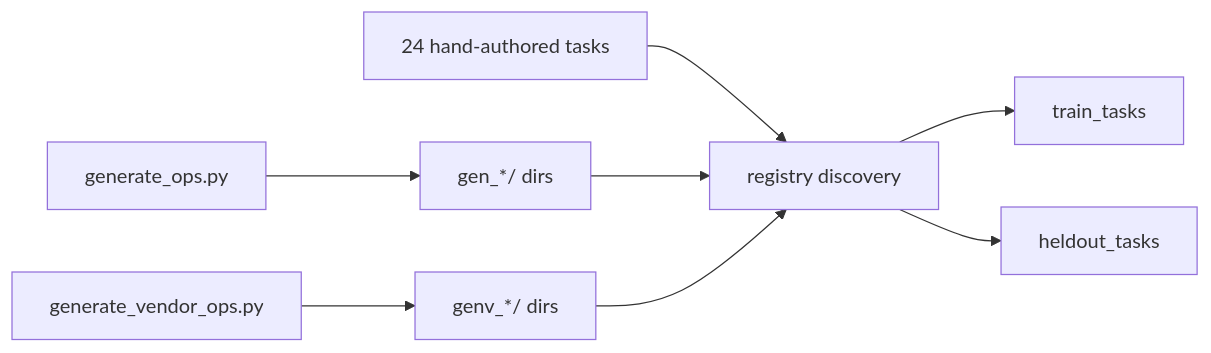
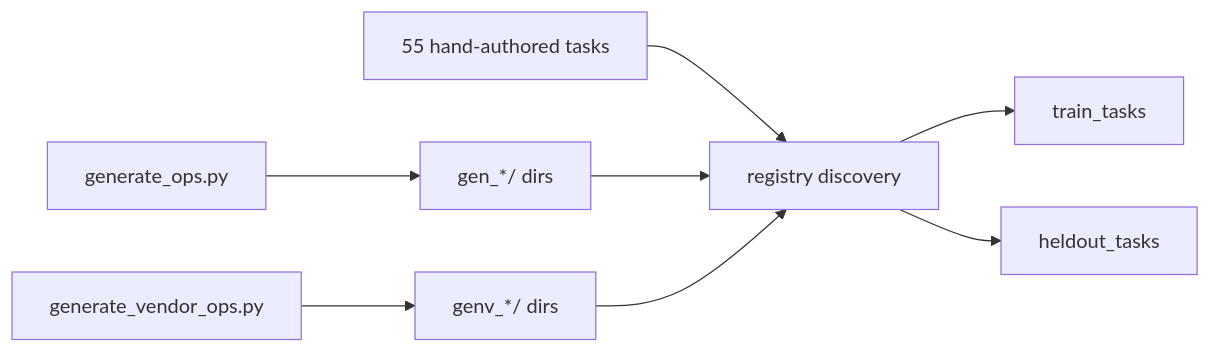
The second of 2 diagrams in kore/tasks/README.md (amd-shasriva/KORE), drawn with Mermaid before and after one commit. The commit also changed other lines of this file and 58 other files, not shown here.

````diff
--- a/kore/tasks/README.md
+++ b/kore/tasks/README.md
@@ -96,10 +96,10 @@
 ```mermaid
 flowchart LR
   GO[generate_ops.py] --> GEN["gen_*/ dirs"]
   GVO[generate_vendor_ops.py] --> GENV["genv_*/ dirs"]
-  HAND[24 hand-authored tasks] --> REG
+  HAND[55 hand-authored tasks] --> REG
   GEN --> REG[registry discovery]
   GENV --> REG
   REG --> TRAIN[train_tasks]
   REG --> HOLD[heldout_tasks]
 ```
````
